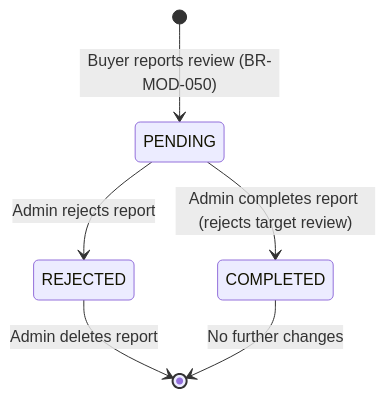
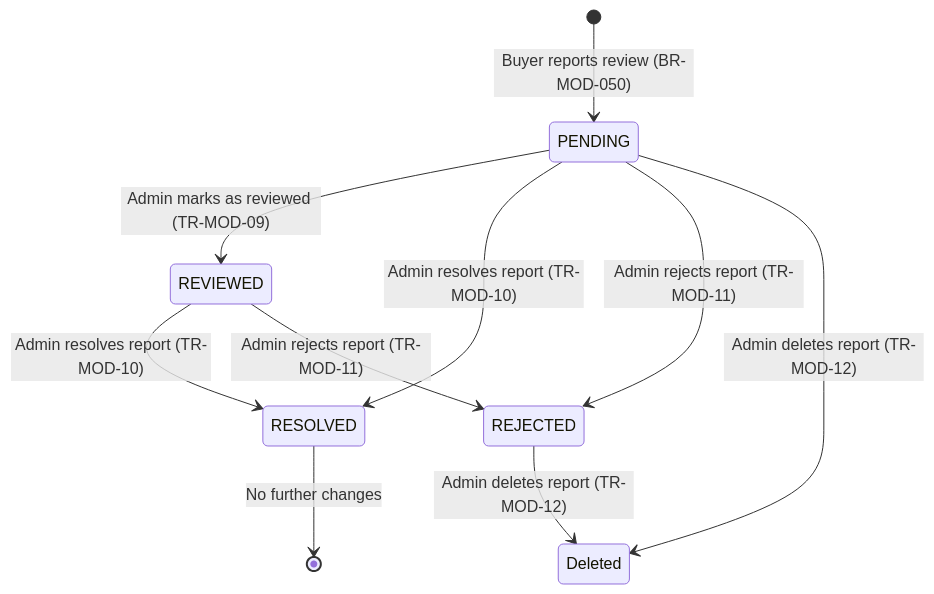
The fourth of 4 diagrams in docs/screen/Review_ContentModeration/Detailed Design/DD_ReviewContent_Moderation_01_MODULE_OVERVIEW.md (khaingthinthinwin-dev/skin-analysis), drawn with Mermaid before and after one commit. The commit also changed other lines of this file and 16 other files, not shown here.

````diff
--- a/docs/screen/Review_ContentModeration/Detailed Design/DD_ReviewContent_Moderation_01_MODULE_OVERVIEW.md
+++ b/docs/screen/Review_ContentModeration/Detailed Design/DD_ReviewContent_Moderation_01_MODULE_OVERVIEW.md
@@ -102,8 +109,12 @@
 ```mermaid
 stateDiagram-v2
     [*] --> PENDING : Buyer reports review (BR-MOD-050)
-    PENDING --> REJECTED : Admin rejects report
-    PENDING --> COMPLETED : Admin completes report (rejects target review)
-    REJECTED --> [*] : Admin deletes report
-    COMPLETED --> [*] : No further changes
+    PENDING --> REVIEWED : Admin marks as reviewed (TR-MOD-09)
+    PENDING --> RESOLVED : Admin resolves report (TR-MOD-10)
+    PENDING --> REJECTED : Admin rejects report (TR-MOD-11)
+    REVIEWED --> RESOLVED : Admin resolves report (TR-MOD-10)
+    REVIEWED --> REJECTED : Admin rejects report (TR-MOD-11)
+    PENDING --> Deleted : Admin deletes report (TR-MOD-12)
+    REJECTED --> Deleted : Admin deletes report (TR-MOD-12)
+    RESOLVED --> [*] : No further changes
 ```
````
